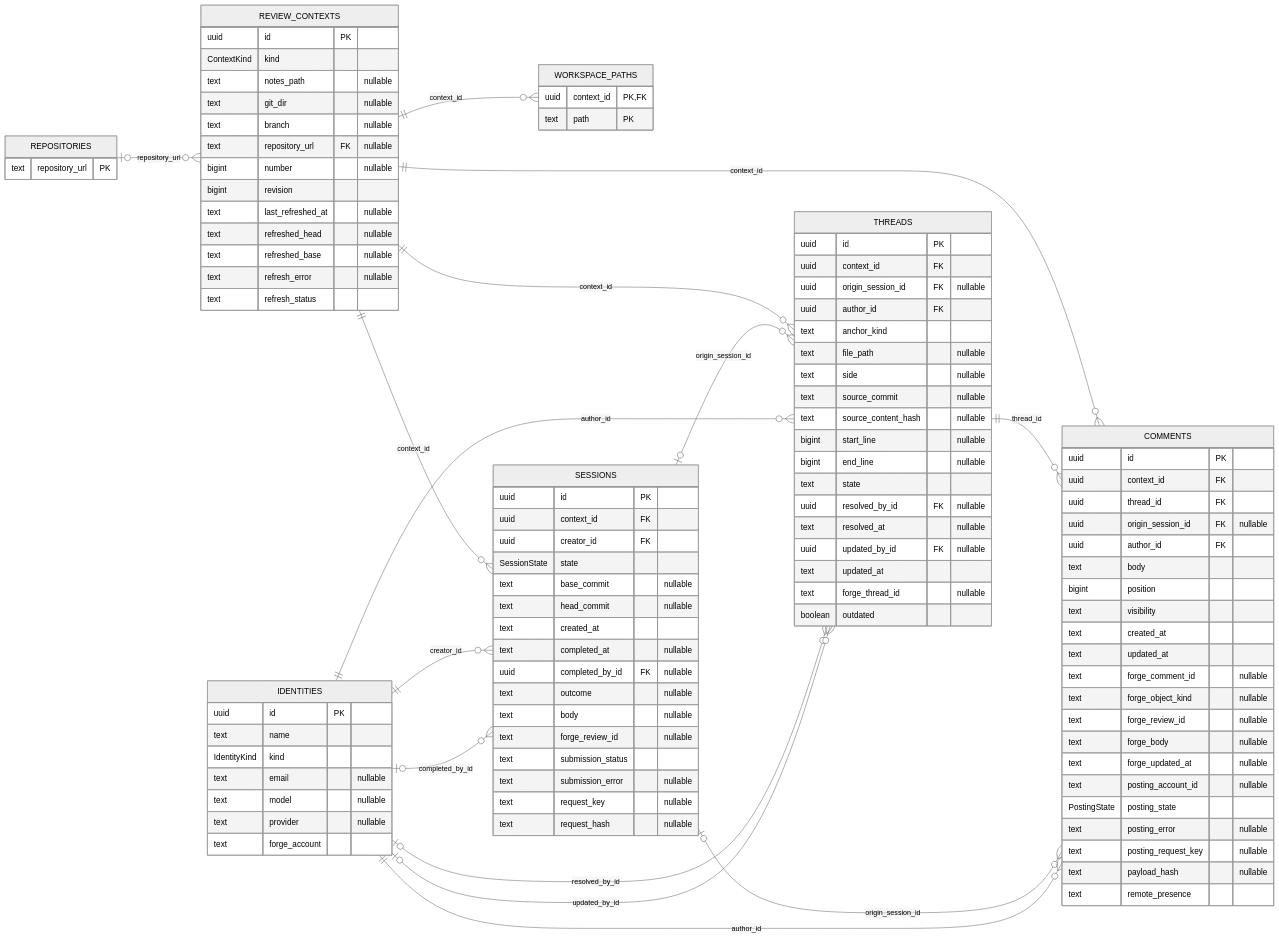
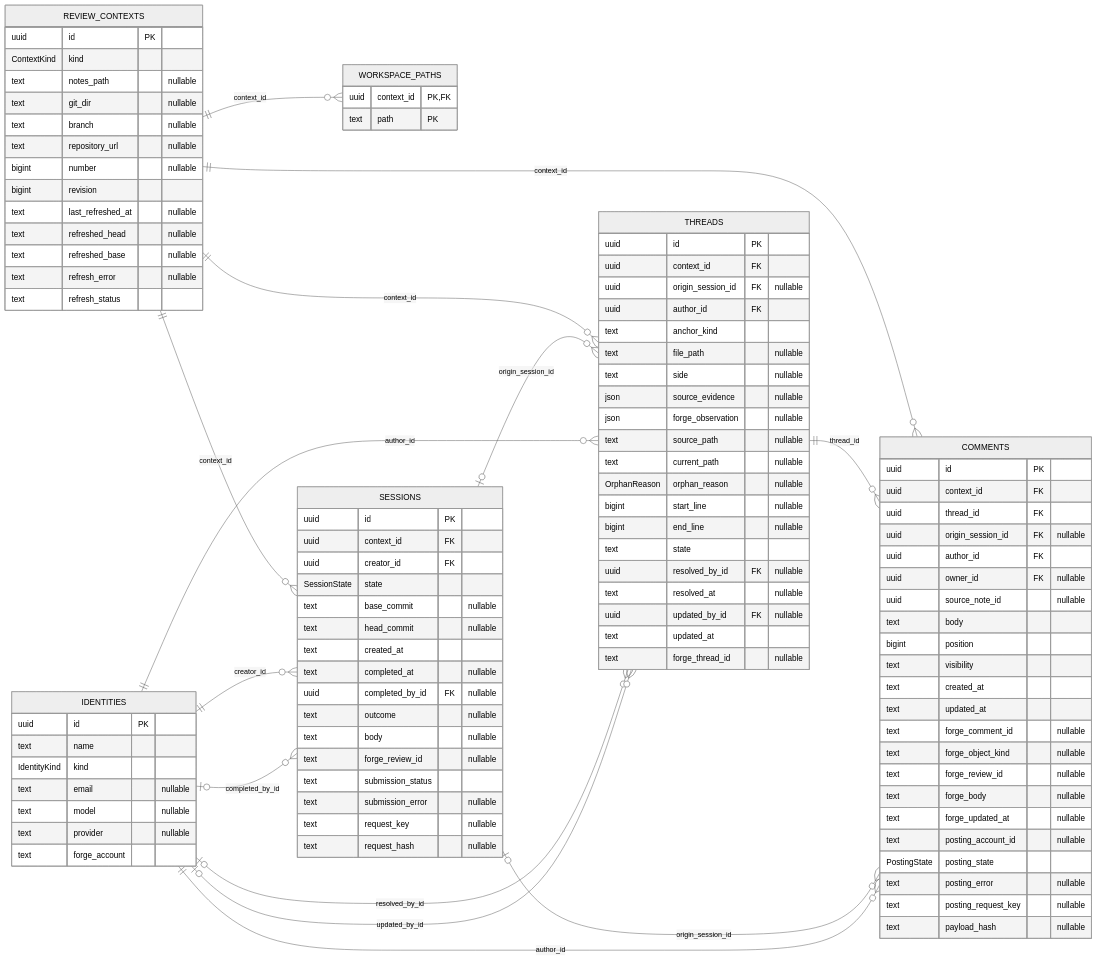
The third of 4 diagrams in docs/architecture/backend/index.md (difflab-io/lgtm), drawn with Mermaid (neutral theme) before and after one commit. The commit also changed 67 other files, not shown here.

````diff
--- a/docs/architecture/backend/index.md
+++ b/docs/architecture/backend/index.md
@@ -129,16 +129,13 @@
 ```mermaid
 erDiagram
     direction LR
-    REPOSITORIES {
-        text repository_url PK
-    }
     REVIEW_CONTEXTS {
         uuid id PK
         ContextKind kind
         text notes_path "nullable"
         text git_dir "nullable"
         text branch "nullable"
-        text repository_url FK "nullable"
+        text repository_url "nullable"
         bigint number "nullable"
         bigint revision
         text last_refreshed_at "nullable"
@@ -186,8 +183,11 @@
         text anchor_kind
         text file_path "nullable"
         text side "nullable"
-        text source_commit "nullable"
-        text source_content_hash "nullable"
+        json source_evidence "nullable"
+        json forge_observation "nullable"
+        text source_path "nullable"
+        text current_path "nullable"
+        OrphanReason orphan_reason "nullable"
         bigint start_line "nullable"
         bigint end_line "nullable"
         text state
@@ -196,7 +196,6 @@
         uuid updated_by_id FK "nullable"
         text updated_at
         text forge_thread_id "nullable"
-        boolean outdated
     }
     COMMENTS {
         uuid id PK
@@ -204,6 +203,8 @@
         uuid thread_id FK
         uuid origin_session_id FK "nullable"
         uuid author_id FK
+        uuid owner_id FK "nullable"
+        uuid source_note_id "nullable"
         text body
         bigint position
         text visibility
@@ -219,9 +220,7 @@
         text posting_error "nullable"
         text posting_request_key "nullable"
         text payload_hash "nullable"
-        text remote_presence
     }
-    REPOSITORIES |o--o{ REVIEW_CONTEXTS : repository_url
     REVIEW_CONTEXTS ||--o{ WORKSPACE_PATHS : context_id
     REVIEW_CONTEXTS ||--o{ SESSIONS : context_id
     REVIEW_CONTEXTS ||--o{ THREADS : context_id
````
